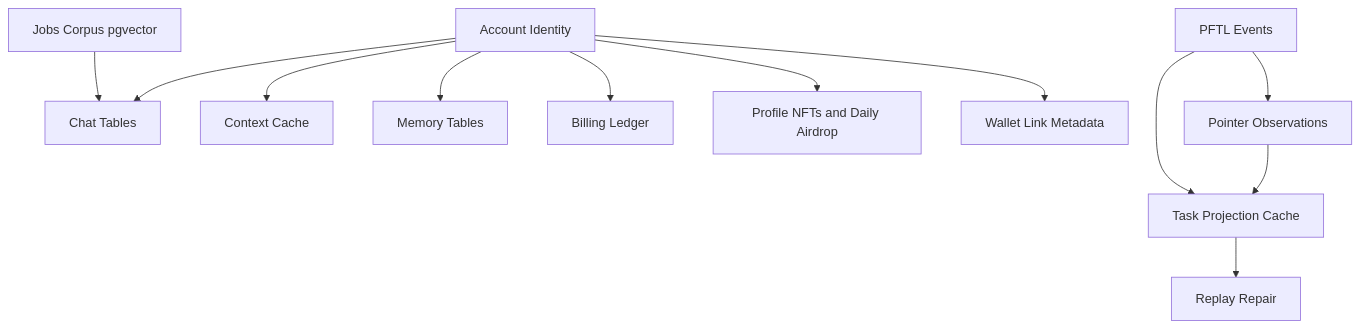
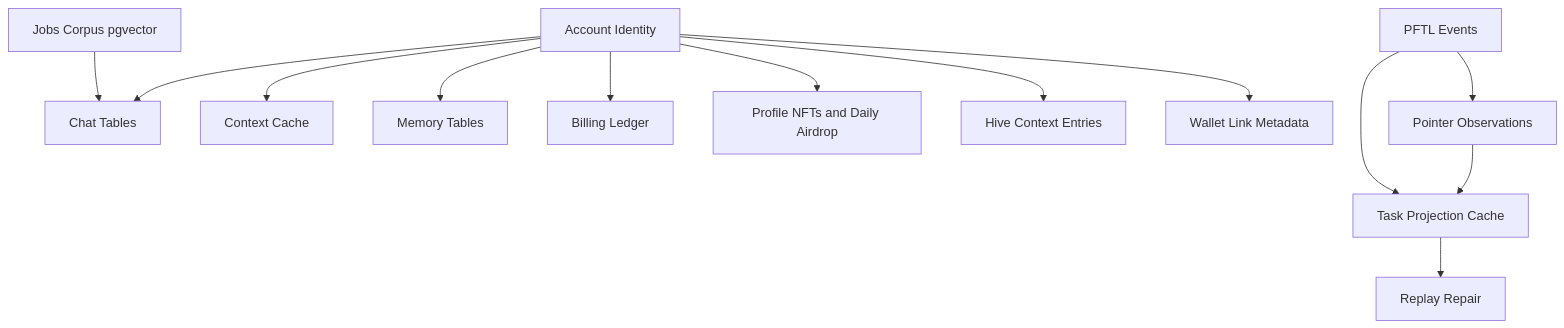
The diagram in docs/wiki/architecture/database.md (postfiatorg/tasknode), drawn with Mermaid before and after one commit. The commit also changed other lines of this file and 15 other files, not shown here.

Commit message:
Add Hive Input context surface

````diff
--- a/docs/wiki/architecture/database.md
+++ b/docs/wiki/architecture/database.md
@@ -89,14 +91,15 @@
 ```mermaid
 flowchart TB
   Account[Account Identity] --> Chat[Chat Tables]
   Account --> Context[Context Cache]
   Account --> Memory[Memory Tables]
   Account --> Billing[Billing Ledger]
   Account --> Profile[Profile NFTs and Daily Airdrop]
+  Account --> HiveContext[Hive Context Entries]
   Account --> Wallet[Wallet Link Metadata]
   Jobs[Jobs Corpus pgvector] --> Chat
   PFTL[PFTL Events] --> TaskCache[Task Projection Cache]
   PFTL --> PointerObs[Pointer Observations]
   PointerObs --> TaskCache
   TaskCache --> Replay[Replay Repair]
 ```
````
